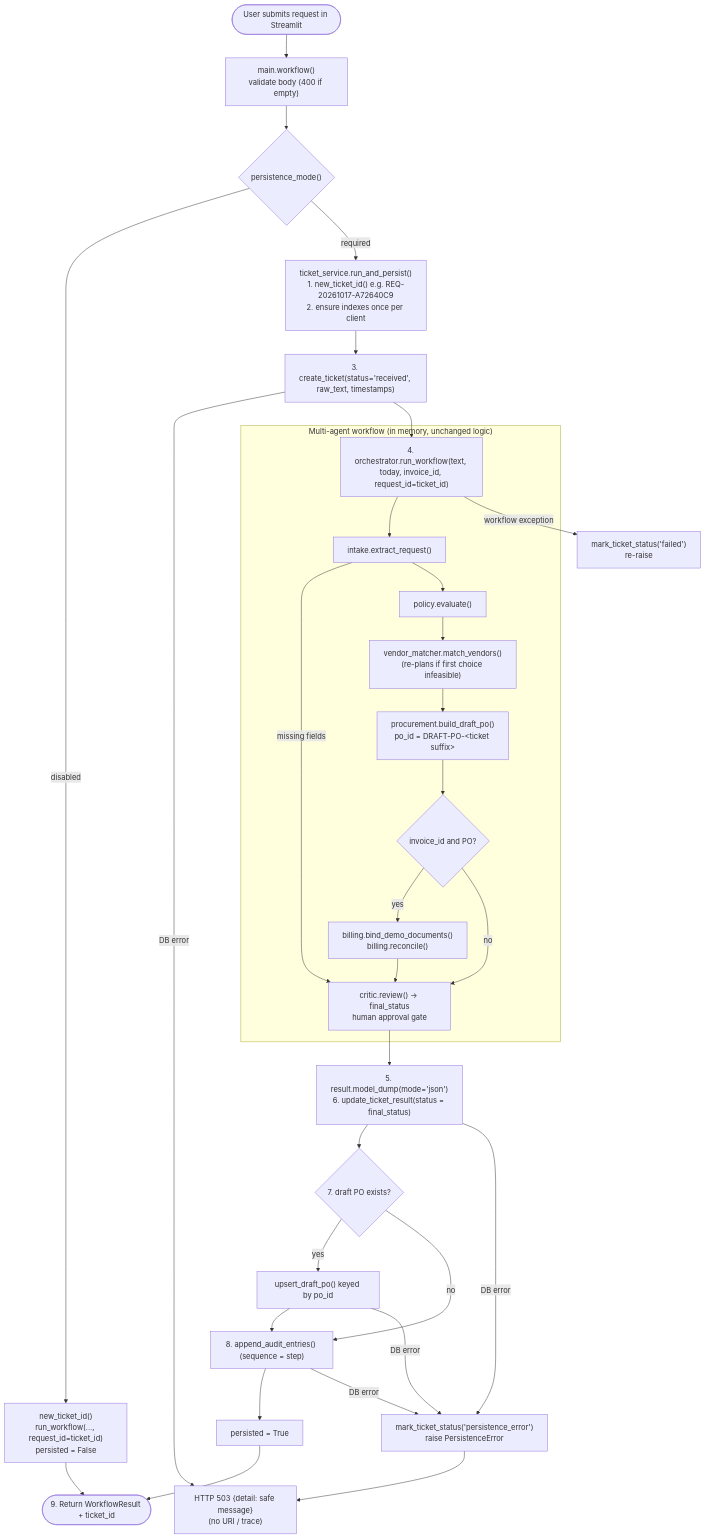
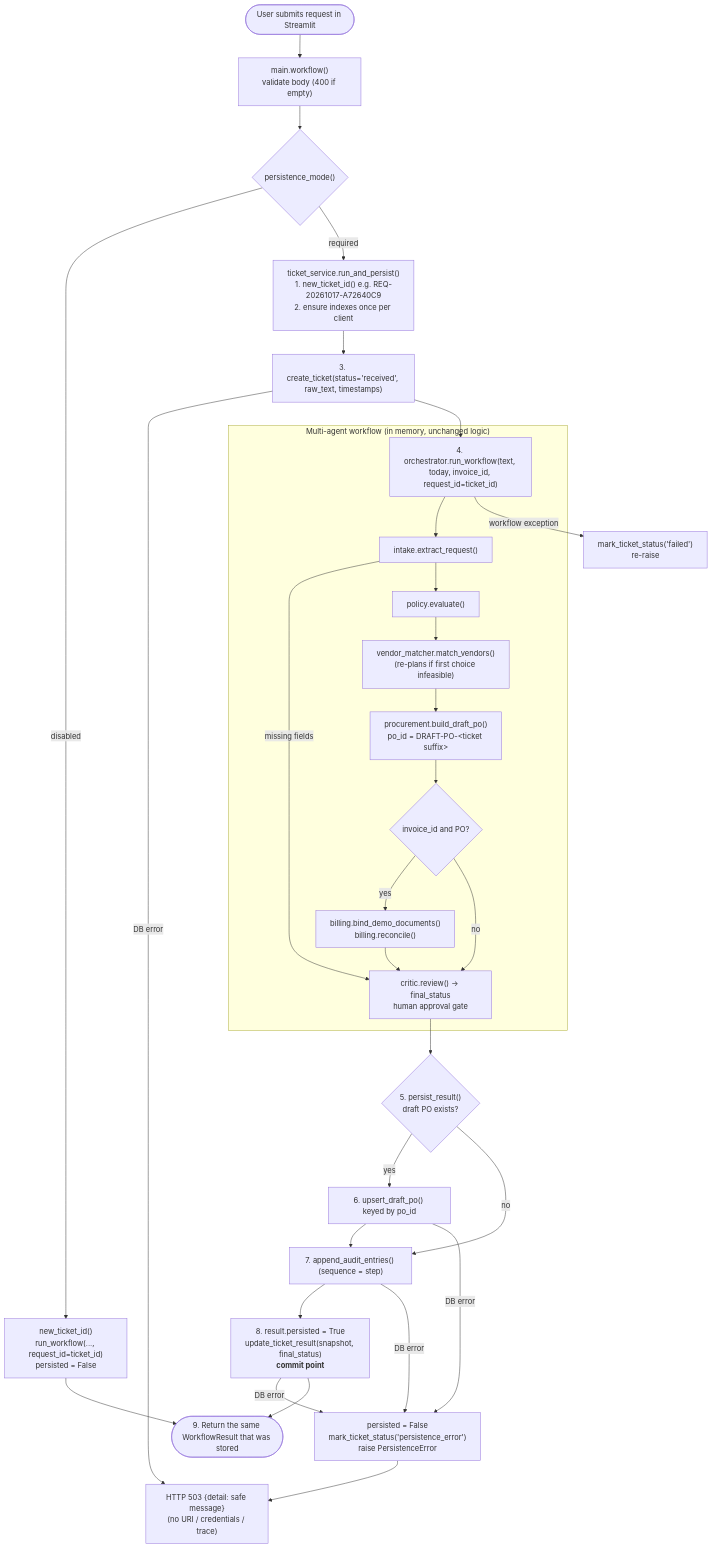
The second of 5 diagrams in flow.md (Sinha28Shivam/Singularity_Squad), drawn with Mermaid before and after one commit. The commit also changed other lines of this file and 19 other files, not shown here.

````diff
--- a/flow.md
+++ b/flow.md
@@ -189,34 +200,33 @@
 ```mermaid
 flowchart TD
     A([User submits request in Streamlit]) --> B["main.workflow()<br/>validate body (400 if empty)"]
     B --> S0{"persistence_mode()"}
     S0 -->|disabled| S1["new_ticket_id()<br/>run_workflow(..., request_id=ticket_id)<br/>persisted = False"]
     S1 --> R
     S0 -->|required| S2["ticket_service.run_and_persist()<br/>1. new_ticket_id() e.g. REQ-20261017-A72640C9<br/>2. ensure indexes once per client"]
     S2 --> S3["3. create_ticket(status='received', raw_text, timestamps)"]
     S3 -->|DB error| E503
     S3 --> C["4. orchestrator.run_workflow(text, today, invoice_id, request_id=ticket_id)"]
 
     subgraph WF["Multi-agent workflow (in memory, unchanged logic)"]
         C --> D["intake.extract_request()"]
         D -->|missing fields| K
         D --> E["policy.evaluate()"]
         E --> F["vendor_matcher.match_vendors()<br/>(re-plans if first choice infeasible)"]
         F --> G["procurement.build_draft_po()<br/>po_id = DRAFT-PO-&lt;ticket suffix&gt;"]
         G --> H{invoice_id and PO?}
         H -->|yes| I["billing.bind_demo_documents()<br/>billing.reconcile()"]
         H -->|no| K
         I --> K["critic.review() -> final_status<br/>human approval gate"]
     end
 
     C -->|workflow exception| EF["mark_ticket_status('failed')<br/>re-raise"]
-    K --> P1["5. result.model_dump(mode='json')<br/>6. update_ticket_result(status = final_status)"]
-    P1 --> P2{"7. draft PO exists?"}
-    P2 -->|yes| P3["upsert_draft_po() keyed by po_id"]
+    K --> P2{"5. persist_result()<br/>draft PO exists?"}
+    P2 -->|yes| P3["6. upsert_draft_po() keyed by po_id"]
     P2 -->|no| P4
-    P3 --> P4["8. append_audit_entries() (sequence = step)"]
-    P4 --> P5["persisted = True"]
-    P1 & P3 & P4 -->|DB error| PE["mark_ticket_status('persistence_error')<br/>raise PersistenceError"]
-    PE --> E503["HTTP 503 {detail: safe message}<br/>(no URI / trace)"]
-    P5 --> R([9. Return WorkflowResult + ticket_id])
+    P3 --> P4["7. append_audit_entries() (sequence = step)"]
+    P4 --> P5["8. result.persisted = True<br/>update_ticket_result(snapshot, final_status)<br/><b>commit point</b>"]
+    P3 & P4 & P5 -->|DB error| PE["persisted = False<br/>mark_ticket_status('persistence_error')<br/>raise PersistenceError"]
+    PE --> E503["HTTP 503 {detail: safe message}<br/>(no URI / credentials / trace)"]
+    P5 --> R([9. Return the same WorkflowResult that was stored])
 ```
````
